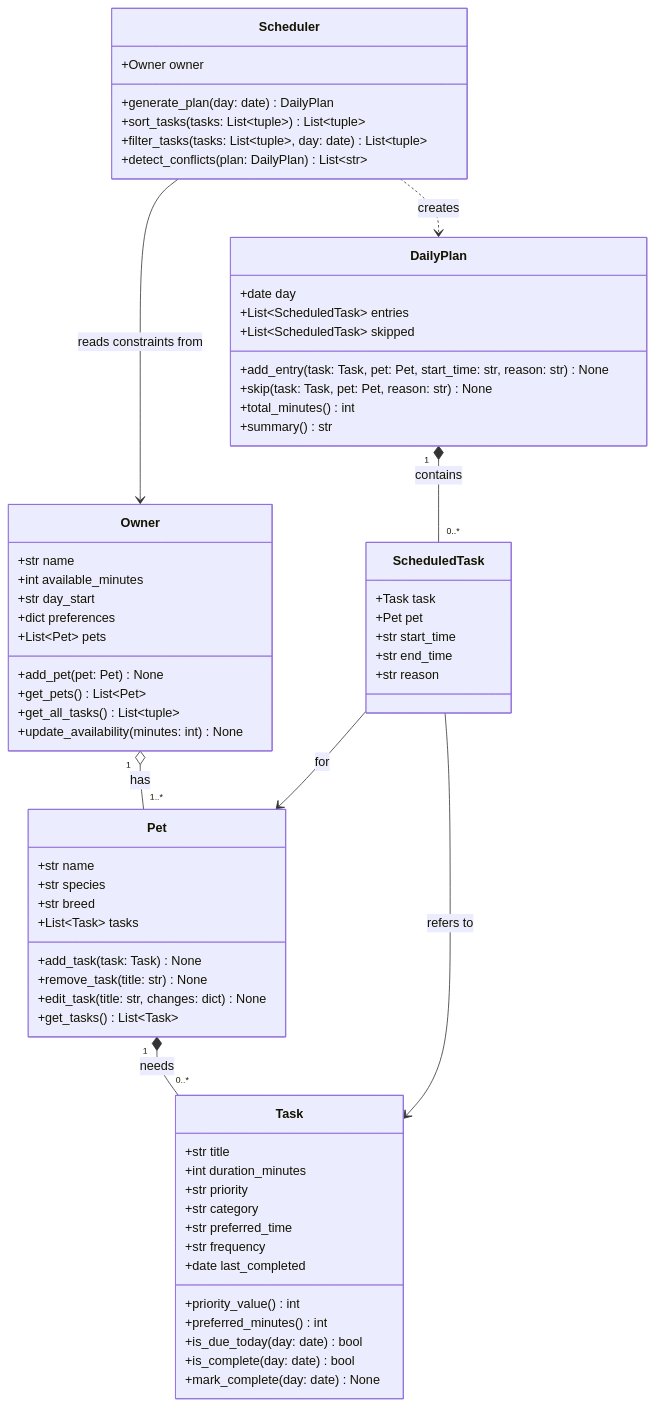
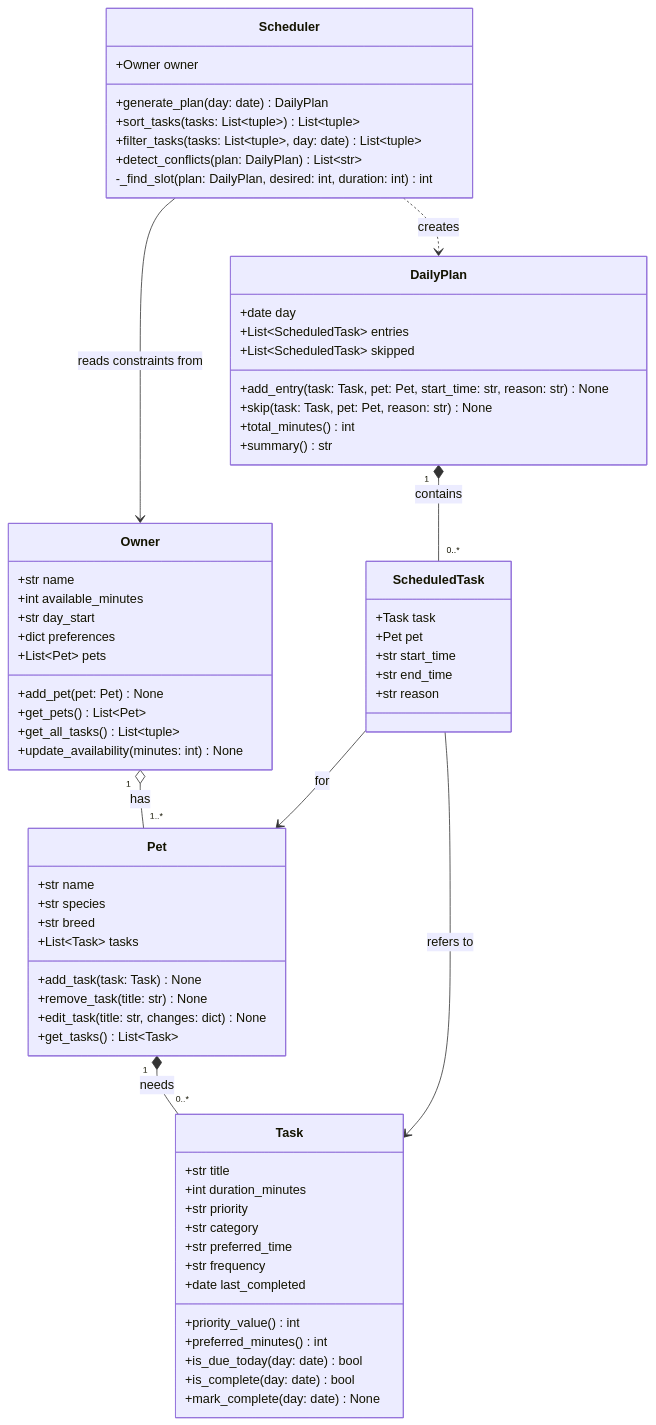
One commit to marcosdvs04/week4class changed the diagram in diagrams/uml.mmd. Above: the diagram before and after it, drawn with Mermaid. The commit also changed 3 other files, not shown here.

```diff
--- a/diagrams/uml.mmd
+++ b/diagrams/uml.mmd
@@ -1,74 +1,75 @@
 classDiagram
     %% PawPal+ draft UML (Phase 2). Update in Phase 6 to match the final implementation.
 
     class Owner {
         +str name
         +int available_minutes
         +str day_start
         +dict preferences
         +List~Pet~ pets
         +add_pet(pet: Pet) None
         +get_pets() List~Pet~
         +get_all_tasks() List~tuple~
         +update_availability(minutes: int) None
     }
 
     class Pet {
         +str name
         +str species
         +str breed
         +List~Task~ tasks
         +add_task(task: Task) None
         +remove_task(title: str) None
         +edit_task(title: str, changes: dict) None
         +get_tasks() List~Task~
     }
 
     class Task {
         +str title
         +int duration_minutes
         +str priority
         +str category
         +str preferred_time
         +str frequency
         +date last_completed
         +priority_value() int
         +preferred_minutes() int
         +is_due_today(day: date) bool
         +is_complete(day: date) bool
         +mark_complete(day: date) None
     }
 
     class Scheduler {
         +Owner owner
         +generate_plan(day: date) DailyPlan
         +sort_tasks(tasks: List~tuple~) List~tuple~
         +filter_tasks(tasks: List~tuple~, day: date) List~tuple~
         +detect_conflicts(plan: DailyPlan) List~str~
+        -_find_slot(plan: DailyPlan, desired: int, duration: int) int
     }
 
     class DailyPlan {
         +date day
         +List~ScheduledTask~ entries
         +List~ScheduledTask~ skipped
         +add_entry(task: Task, pet: Pet, start_time: str, reason: str) None
         +skip(task: Task, pet: Pet, reason: str) None
         +total_minutes() int
         +summary() str
     }
 
     class ScheduledTask {
         +Task task
         +Pet pet
         +str start_time
         +str end_time
         +str reason
     }
 
     Owner "1" o-- "1..*" Pet : has
     Pet "1" *-- "0..*" Task : needs
     Scheduler --> Owner : reads constraints from
     Scheduler ..> DailyPlan : creates
     DailyPlan "1" *-- "0..*" ScheduledTask : contains
     ScheduledTask --> Task : refers to
     ScheduledTask --> Pet : for
```
